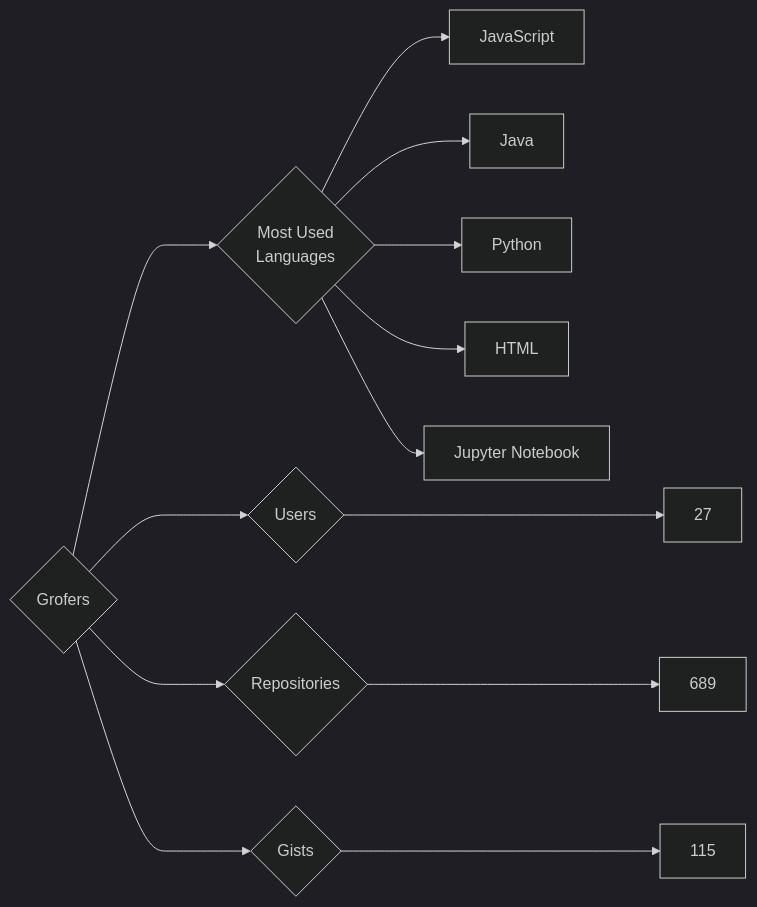
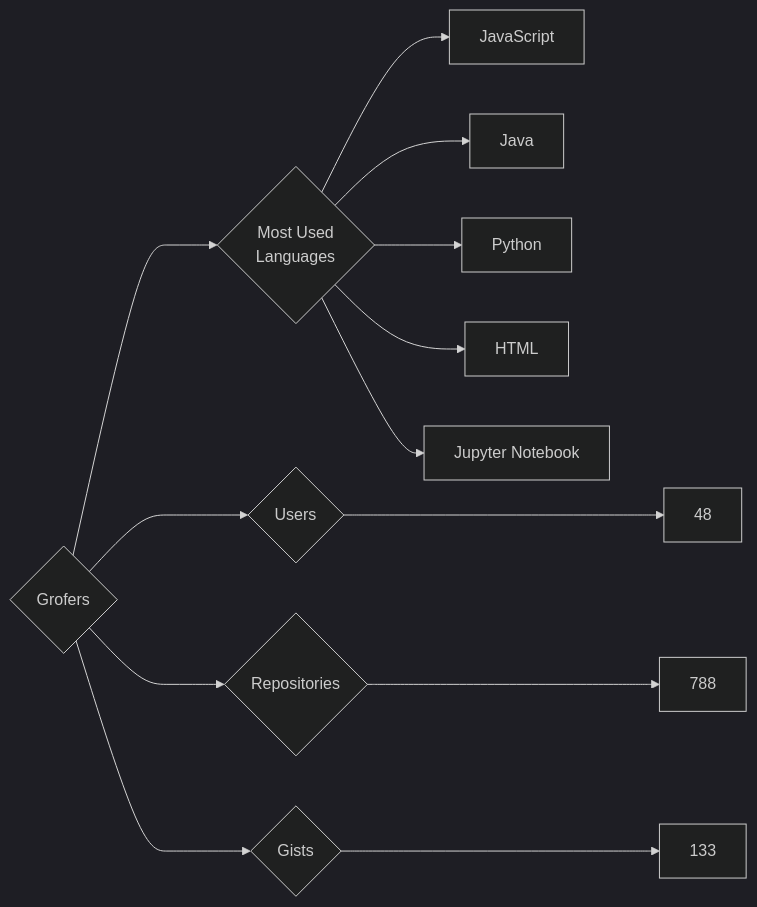
The diagram in targets/Grofers/README.md (trickest/insiders), drawn with Mermaid (dark theme) before and after one commit. The commit also changed 714 other files, not shown here.

````diff
--- a/targets/Grofers/README.md
+++ b/targets/Grofers/README.md
@@ -3,13 +3,13 @@
 ```mermaid
 graph LR
 COMPANY_NAME{Grofers}
-COMPANY_NAME ---> U{Users} ---> UN[27]
-COMPANY_NAME ---> R{Repositories} ---> RN[689]
-COMPANY_NAME ---> G{Gists} ---> GN[115]
+COMPANY_NAME ---> U{Users} ---> UN[48]
+COMPANY_NAME ---> R{Repositories} ---> RN[788]
+COMPANY_NAME ---> G{Gists} ---> GN[133]
 COMPANY_NAME ---> ML{Most Used<br>Languages}
 ML --> JavaScript[JavaScript]
 ML --> Java[Java]
 ML --> Python[Python]
 ML --> HTML[HTML]
 ML --> Jupyter_Notebook[Jupyter Notebook]
 ```
````
